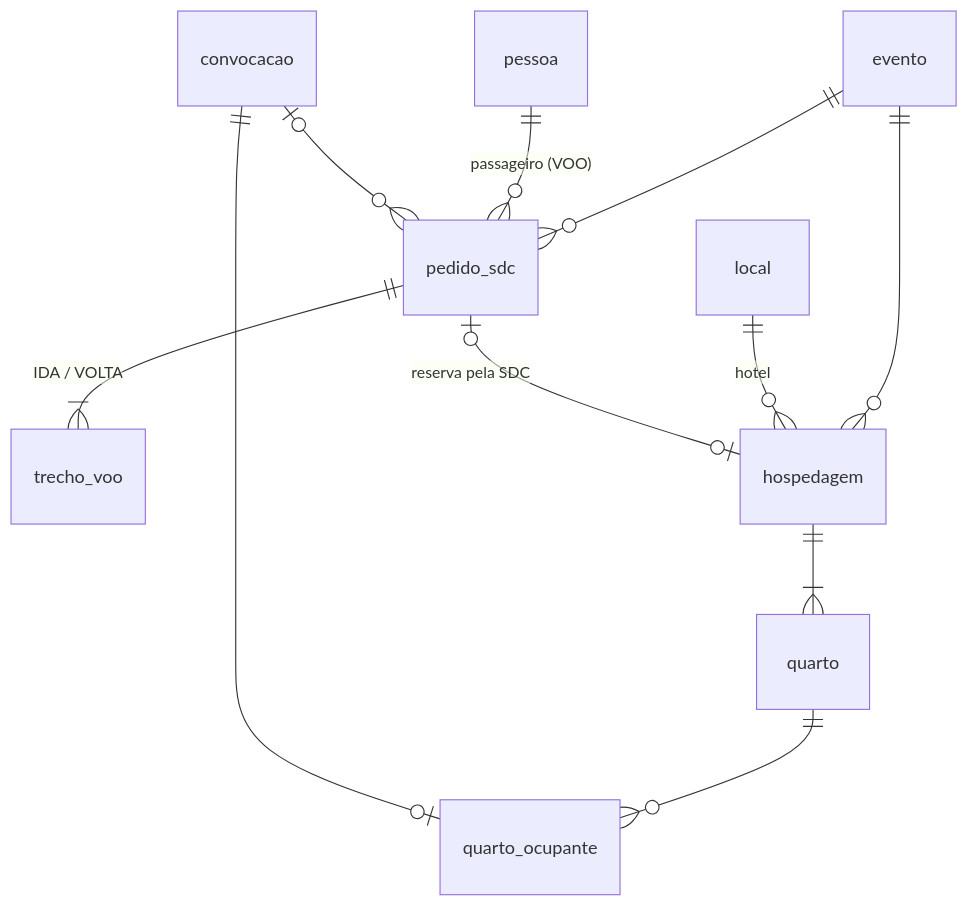
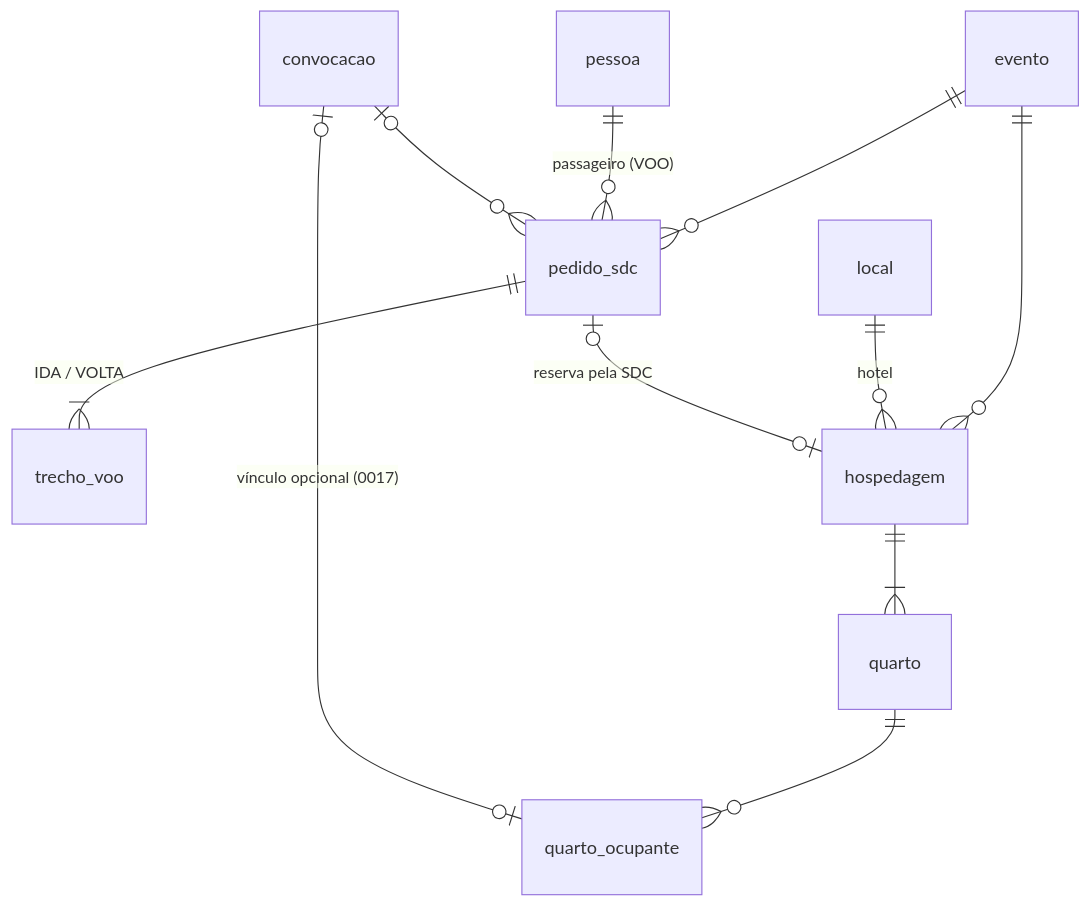
Before and after one commit to infinityintelligence07-tech/eventos: the eighth of 9 diagrams in docs/07-arquitetura-abas-do-time.md, drawn with Mermaid. The commit also changed other lines of this file and 1 other file, not shown here.

````diff
--- a/docs/07-arquitetura-abas-do-time.md
+++ b/docs/07-arquitetura-abas-do-time.md
@@ -483,13 +527,13 @@
 ```mermaid
 erDiagram
   evento ||--o{ pedido_sdc : ""
   pessoa ||--o{ pedido_sdc : "passageiro (VOO)"
   convocacao |o--o{ pedido_sdc : ""
   pedido_sdc ||--|{ trecho_voo : "IDA / VOLTA"
   evento ||--o{ hospedagem : ""
   local ||--o{ hospedagem : "hotel"
   pedido_sdc |o--o| hospedagem : "reserva pela SDC"
   hospedagem ||--|{ quarto : ""
   quarto ||--o{ quarto_ocupante : ""
-  convocacao ||--o| quarto_ocupante : ""
+  convocacao |o--o| quarto_ocupante : "vínculo opcional (0017)"
 ```
````
